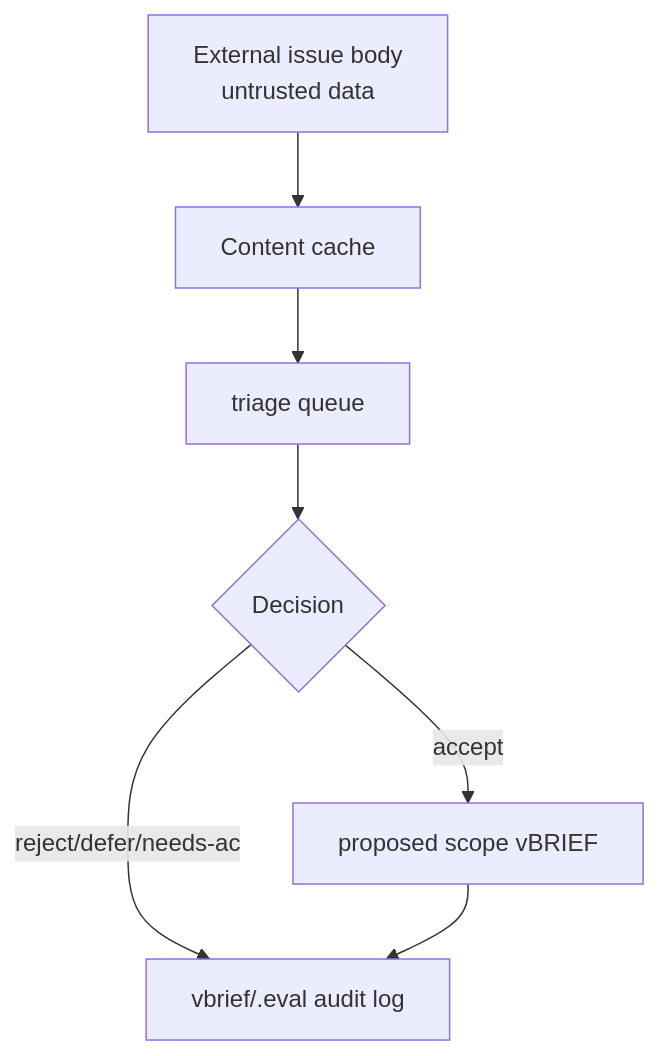
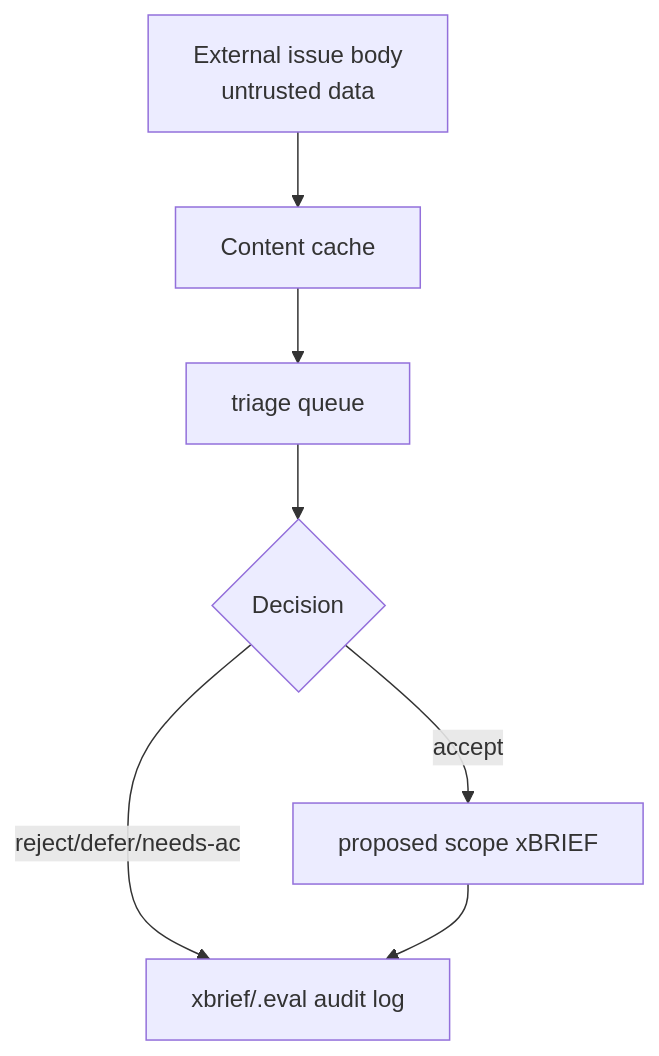
One commit to deftai/directive changed the fifth of 7 diagrams in docs/CONCEPTS.md. Above: the diagram before and after it, drawn with Mermaid. The commit also changed other lines of this file and 9 other files, not shown here.

````diff
--- a/docs/CONCEPTS.md
+++ b/docs/CONCEPTS.md
@@ -155,9 +159,9 @@
 ```mermaid
 flowchart TD
     External["External issue body<br/>untrusted data"] --> Cache["Content cache"]
     Cache --> Queue["triage queue"]
     Queue --> Decision{"Decision"}
-    Decision -->|"accept"| VBrief["proposed scope vBRIEF"]
-    Decision -->|"reject/defer/needs-ac"| Eval["vbrief/.eval audit log"]
-    VBrief --> Eval
+    Decision -->|"accept"| XBrief["proposed scope xBRIEF"]
+    Decision -->|"reject/defer/needs-ac"| Eval["xbrief/.eval audit log"]
+    XBrief --> Eval
 ```
````
